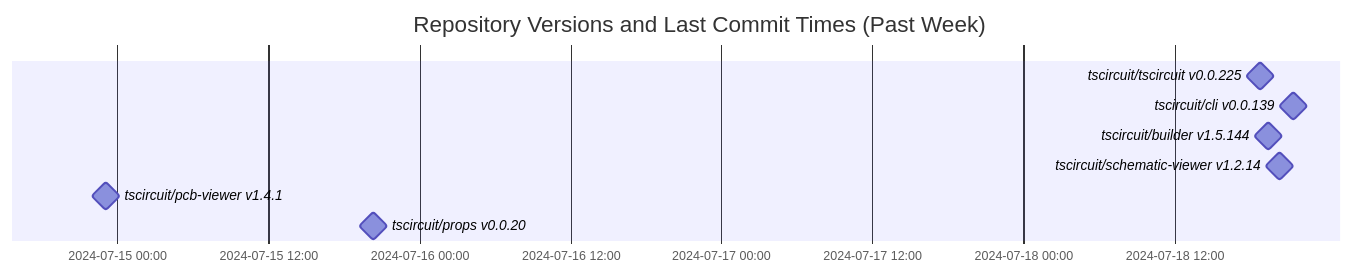
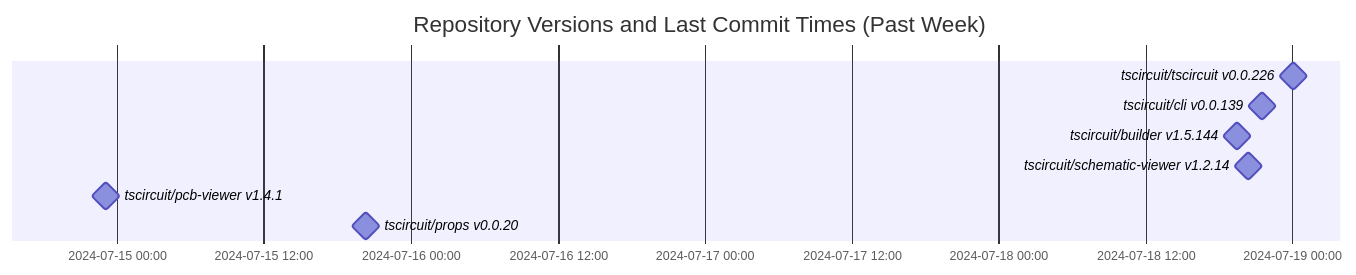
One commit to tscircuit/version-tracker changed the diagram in README.md. Above: the diagram before and after it, drawn with Mermaid.

Commit message:
Update chart

````diff
--- a/README.md
+++ b/README.md
@@ -1,13 +1,13 @@
 ```mermaid
 gantt
   dateFormat  YYYY-MM-DD HH:mm:ss
   title Repository Versions and Last Commit Times (Past Week)
   axisFormat %Y-%m-%d %H:%M
 
-  tscircuit/tscircuit v0.0.225 : milestone, 2024-07-18 18:49:54, 1s
+  tscircuit/tscircuit v0.0.226 : milestone, 2024-07-19 00:03:32, 1s
   tscircuit/cli v0.0.139 : milestone, 2024-07-18 21:27:51, 1s
   tscircuit/builder v1.5.144 : milestone, 2024-07-18 19:27:51, 1s
   tscircuit/schematic-viewer v1.2.14 : milestone, 2024-07-18 20:20:40, 1s
   tscircuit/pcb-viewer v1.4.1 : milestone, 2024-07-14 23:05:20, 1s
   tscircuit/props v0.0.20 : milestone, 2024-07-15 20:19:59, 1s
 ```
````
